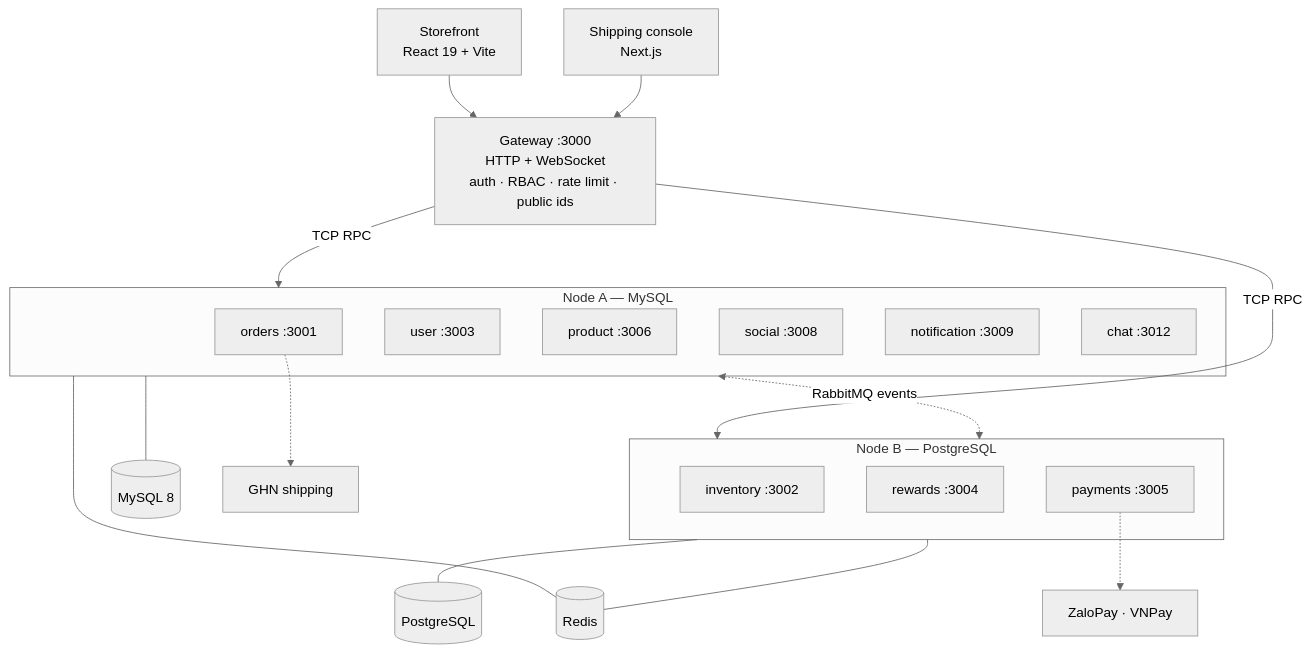
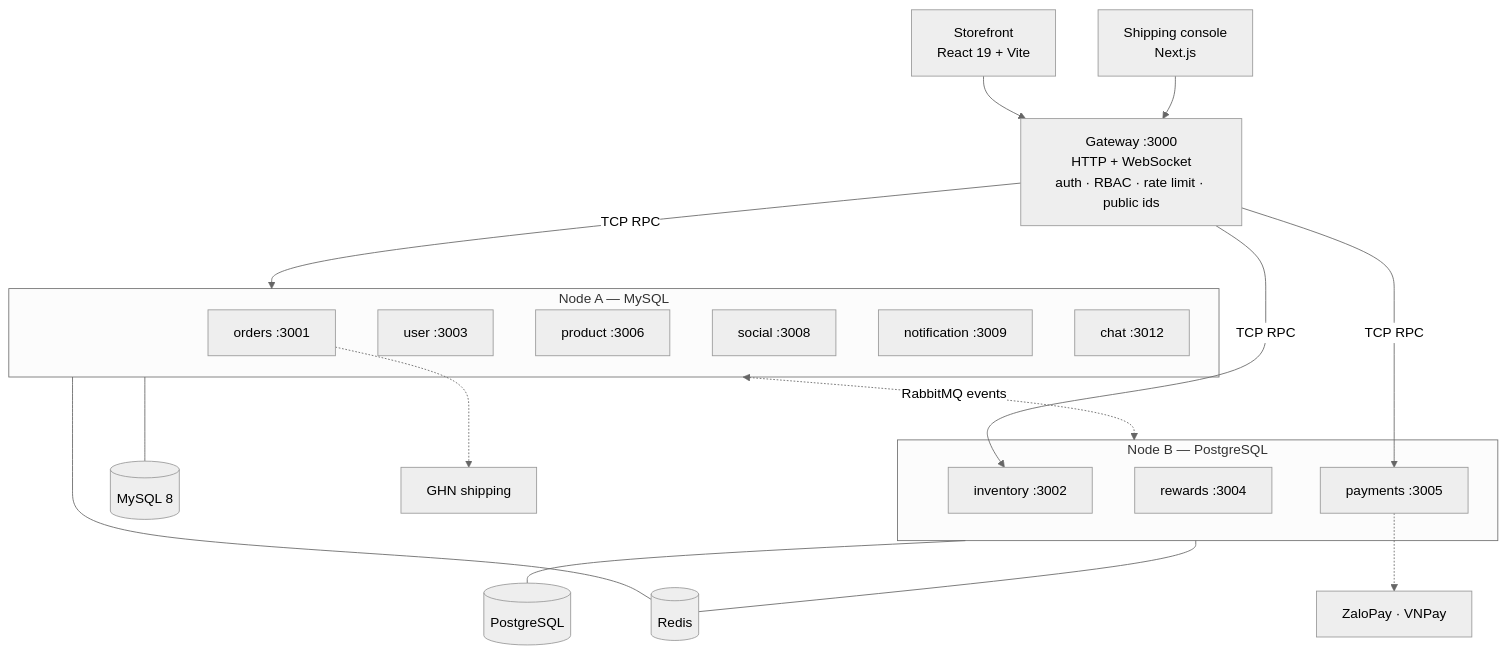
Before and after one commit to quangtruong01234/BE-Microservice: the diagram in README.md, drawn with Mermaid (neutral theme). The commit also changed other lines of this file, not shown here.

Commit message:
docs: show that rewards is event-only in the architecture diagram
The diagram drew a TCP edge from the gateway to all of Node B, but the
gateway registers no rewards client; rewards only consumes order_created
and payment_completed over RabbitMQ. Point the TCP edges at inventory and
payments only, and say so in the service table.

Claude-Session: https://claude.ai/code/session_01J1ZwcJ5TyXFgKZrMCEGm8z

````diff
--- a/README.md
+++ b/README.md
@@ -128,36 +128,37 @@
 ```mermaid
 flowchart TB
     FE["Storefront<br/>React 19 + Vite"]
     CON["Shipping console<br/>Next.js"]
     GW["Gateway :3000<br/>HTTP + WebSocket<br/>auth · RBAC · rate limit · public ids"]
 
     FE --> GW
     CON --> GW
 
     subgraph A["Node A — MySQL"]
         ORD["orders :3001"]
         USR["user :3003"]
         PRD["product :3006"]
         SOC["social :3008"]
         NTF["notification :3009"]
         CHT["chat :3012"]
     end
 
     subgraph B["Node B — PostgreSQL"]
         INV["inventory :3002"]
         RWD["rewards :3004"]
         PAY["payments :3005"]
     end
 
     GW -- "TCP RPC" --> A
-    GW -- "TCP RPC" --> B
+    GW -- "TCP RPC" --> INV
+    GW -- "TCP RPC" --> PAY
     A <-. "RabbitMQ events" .-> B
 
     A --- MY[("MySQL 8")]
     B --- PG[("PostgreSQL")]
     A --- RD[("Redis")]
     B --- RD
 
     ORD -.-> GHN["GHN shipping"]
     PAY -.-> PSP["ZaloPay · VNPay"]
 ```
````
